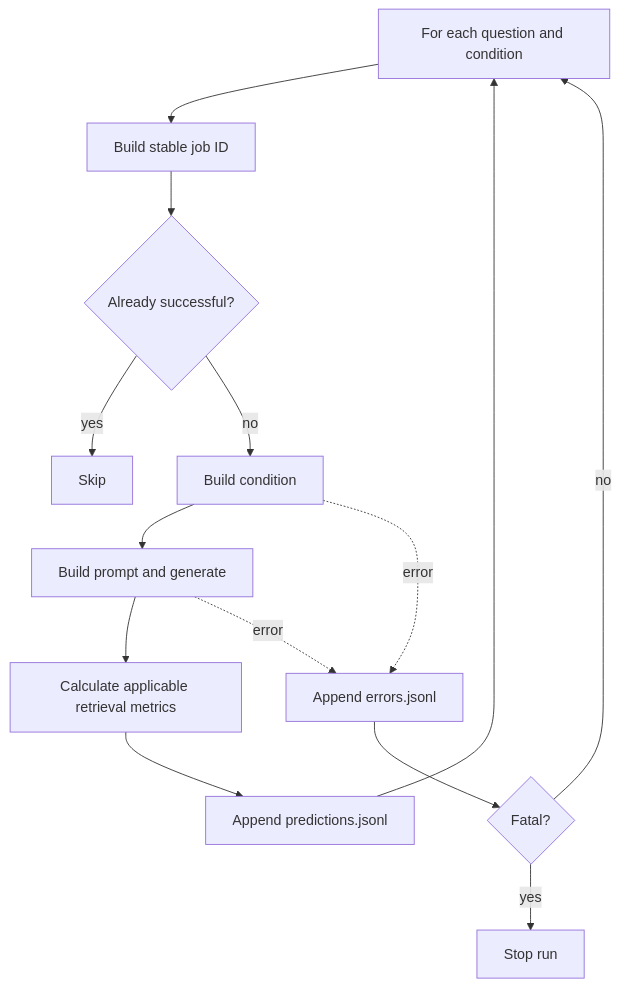
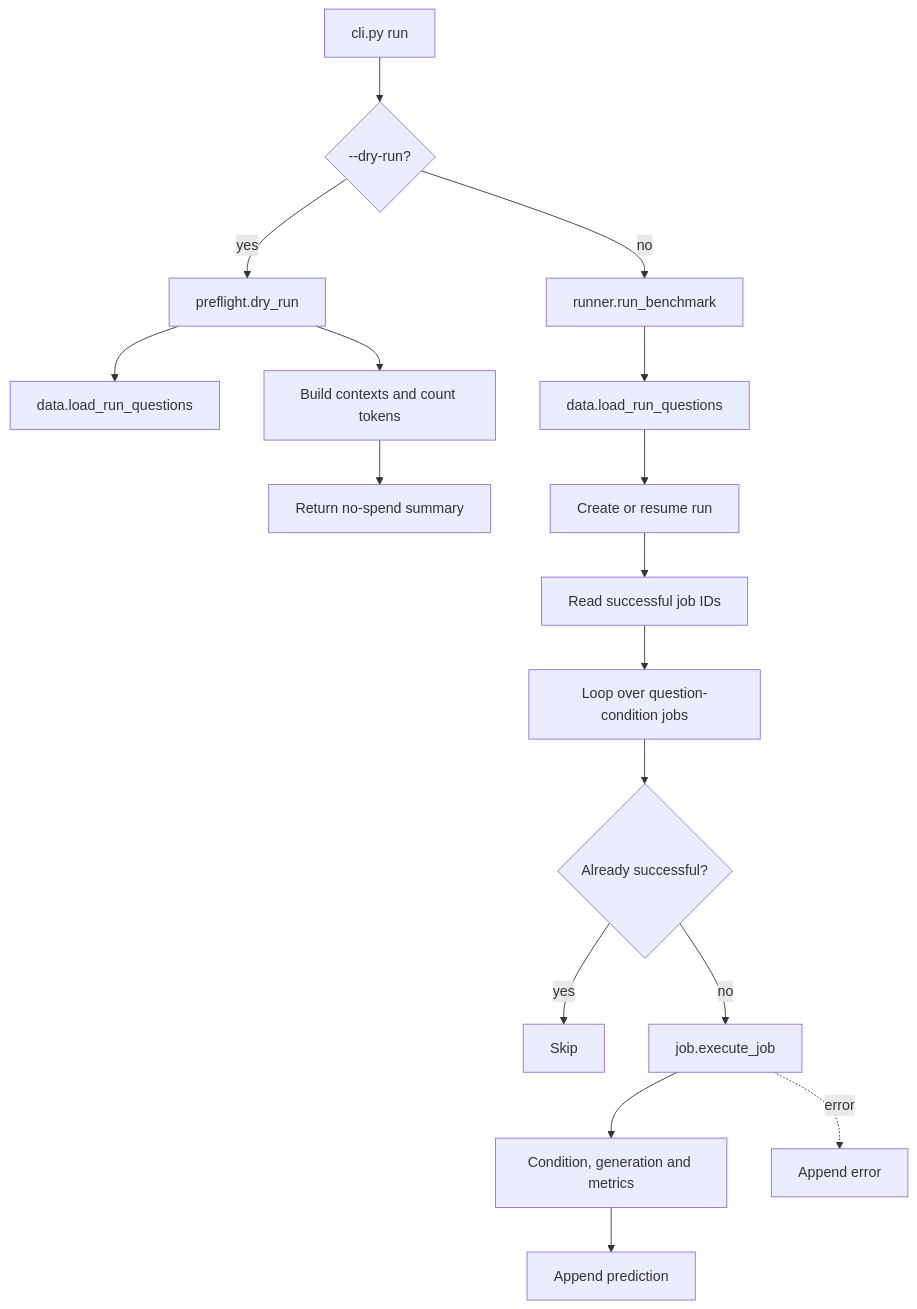
One commit to 14zhasim/Agentic_RAG changed the seventh of 9 diagrams in docs sys design/benchmark/FinanceBench Implementation Guide.md. Above: the diagram before and after it, drawn with Mermaid. The commit also changed other lines of this file and 86 other files, not shown here.

````diff
--- a/docs sys design/benchmark/FinanceBench Implementation Guide.md
+++ b/docs sys design/benchmark/FinanceBench Implementation Guide.md
@@ -611,16 +907,19 @@
 ```mermaid
 flowchart TD
-    A[For each question and condition] --> B[Build stable job ID]
-    B --> C{Already successful?}
-    C -- yes --> D[Skip]
-    C -- no --> E[Build condition]
-    E --> F[Build prompt and generate]
-    F --> G[Calculate applicable retrieval metrics]
-    G --> H[Append predictions.jsonl]
-    E -. error .-> I[Append errors.jsonl]
-    F -. error .-> I
-    I --> J{Fatal?}
-    J -- yes --> K[Stop run]
-    J -- no --> A
-    H --> A
+    A[cli.py run] --> B{--dry-run?}
+    B -- yes --> C[preflight.dry_run]
+    C --> D[data.load_run_questions]
+    C --> E[Build contexts and count tokens]
+    E --> F[Return no-spend summary]
+    B -- no --> G[runner.run_benchmark]
+    G --> H[data.load_run_questions]
+    H --> I[Create or resume run]
+    I --> J[Read successful job IDs]
+    J --> K[Loop over question-condition jobs]
+    K --> L{Already successful?}
+    L -- yes --> M[Skip]
+    L -- no --> N[job.execute_job]
+    N --> O[Condition, generation and metrics]
+    O --> P[Append prediction]
+    N -. error .-> Q[Append error]
 ```
````
